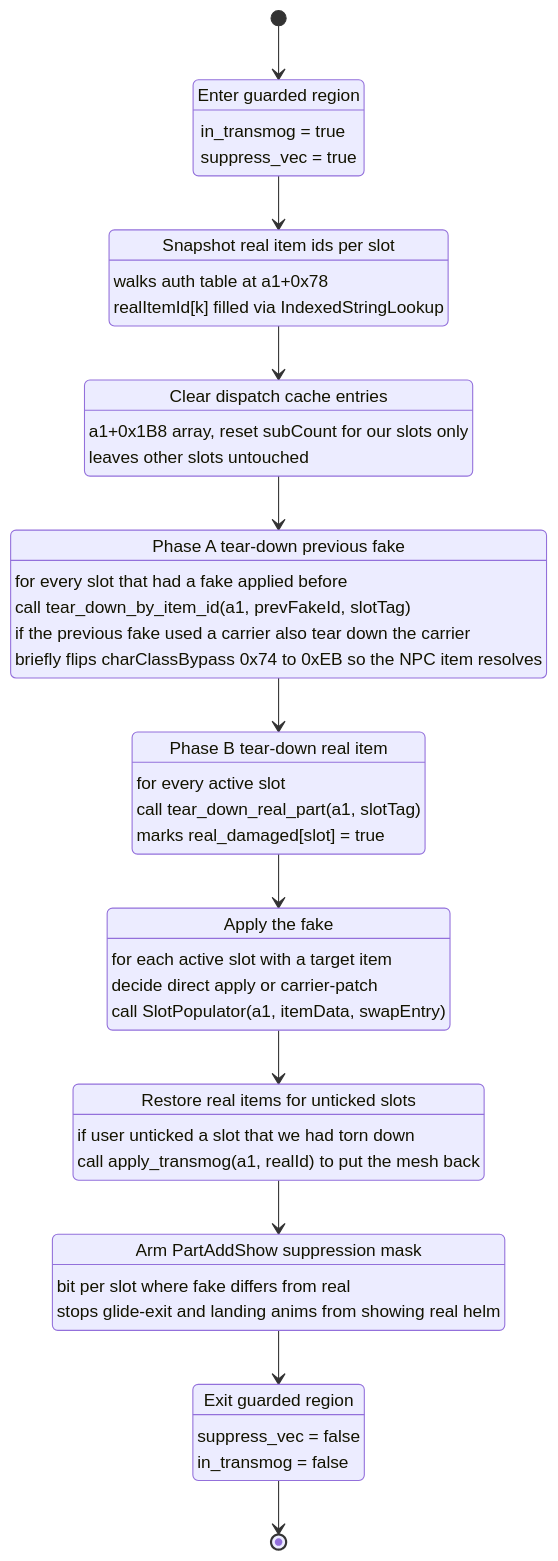
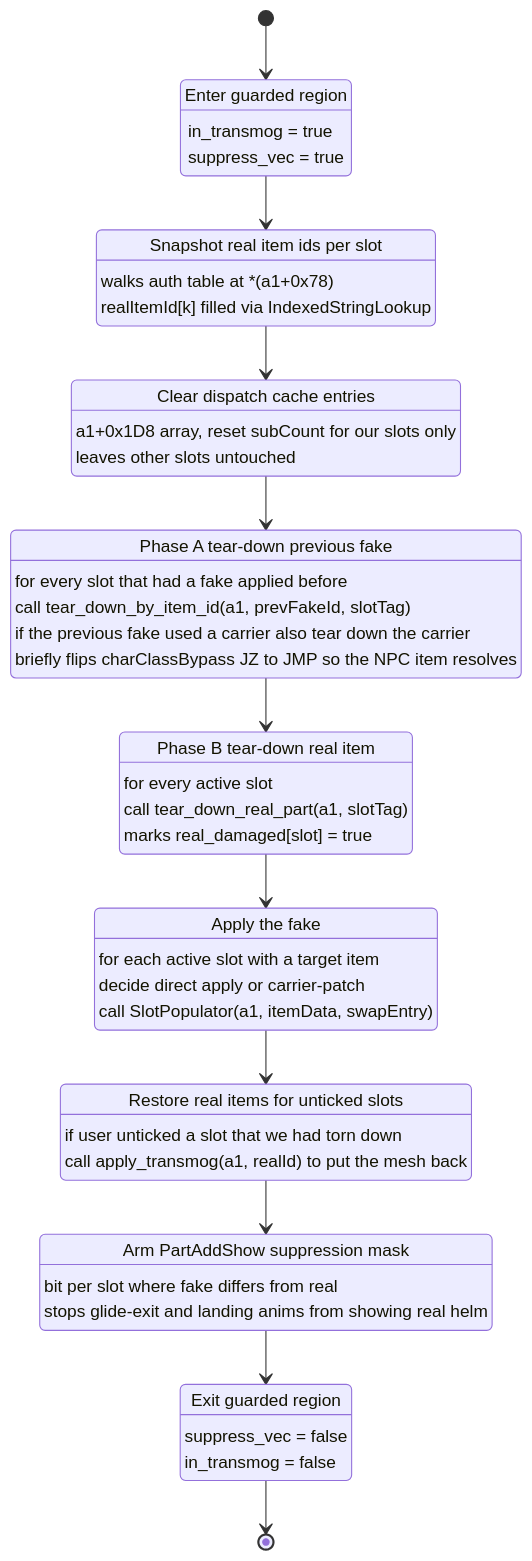
Before and after one commit to tkhquang/CrimsonDesertTools: the second of 3 diagrams in docs/research/live-transmog-architecture.md, drawn with Mermaid. The commit also changed other lines of this file and 34 other files, not shown here.

````diff
--- a/docs/research/live-transmog-architecture.md
+++ b/docs/research/live-transmog-architecture.md
@@ -77,52 +87,52 @@
 ```mermaid
 stateDiagram-v2
     [*] --> Guard
     Guard: Enter guarded region
     Guard: in_transmog = true
     Guard: suppress_vec = true
     Guard --> SnapshotReal
 
     SnapshotReal: Snapshot real item ids per slot
-    SnapshotReal: walks auth table at a1+0x78
+    SnapshotReal: walks auth table at *(a1+0x78)
     SnapshotReal: realItemId[k] filled via IndexedStringLookup
     SnapshotReal --> ClearCache
 
     ClearCache: Clear dispatch cache entries
-    ClearCache: a1+0x1B8 array, reset subCount for our slots only
+    ClearCache: a1+0x1D8 array, reset subCount for our slots only
     ClearCache: leaves other slots untouched
     ClearCache --> PhaseA
 
     PhaseA: Phase A tear-down previous fake
     PhaseA: for every slot that had a fake applied before
     PhaseA: call tear_down_by_item_id(a1, prevFakeId, slotTag)
     PhaseA: if the previous fake used a carrier also tear down the carrier
-    PhaseA: briefly flips charClassBypass 0x74 to 0xEB so the NPC item resolves
+    PhaseA: briefly flips charClassBypass JZ to JMP so the NPC item resolves
     PhaseA --> PhaseB
 
     PhaseB: Phase B tear-down real item
     PhaseB: for every active slot
     PhaseB: call tear_down_real_part(a1, slotTag)
     PhaseB: marks real_damaged[slot] = true
     PhaseB --> Apply
 
     Apply: Apply the fake
     Apply: for each active slot with a target item
     Apply: decide direct apply or carrier-patch
     Apply: call SlotPopulator(a1, itemData, swapEntry)
     Apply --> Restore
 
     Restore: Restore real items for unticked slots
     Restore: if user unticked a slot that we had torn down
     Restore: call apply_transmog(a1, realId) to put the mesh back
     Restore --> SuppressSetup
 
     SuppressSetup: Arm PartAddShow suppression mask
     SuppressSetup: bit per slot where fake differs from real
     SuppressSetup: stops glide-exit and landing anims from showing real helm
     SuppressSetup --> Unguard
 
     Unguard: Exit guarded region
     Unguard: suppress_vec = false
     Unguard: in_transmog = false
     Unguard --> [*]
 ```
````
